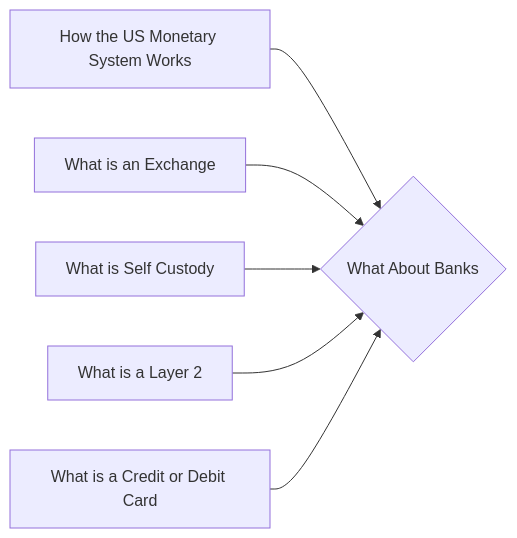
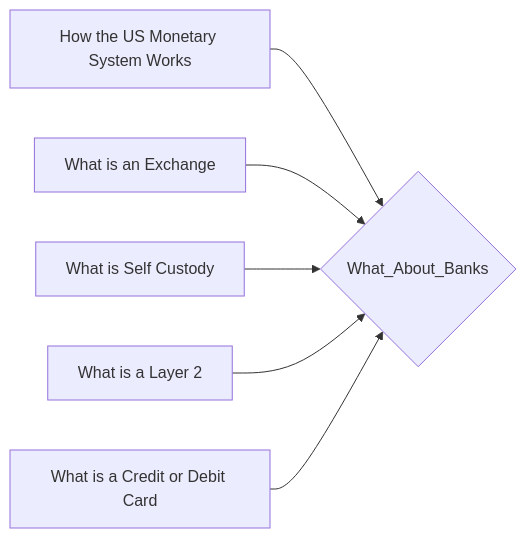
One commit to lpurdy01/crypto-knowledge-map changed the diagram in notes/What_About_Banks.md. Above: the diagram before and after it, drawn with Mermaid. The commit also changed 161 other files, not shown here.

````diff
--- a/notes/What_About_Banks.md
+++ b/notes/What_About_Banks.md
@@ -18,8 +18,8 @@
 ```mermaid
 graph LR
-1["How the US Monetary System Works"]-->0{"What About Banks"}
-2["What is an Exchange"]-->0{"What About Banks"}
-3["What is Self Custody"]-->0{"What About Banks"}
-4["What is a Layer 2"]-->0{"What About Banks"}
-5["What is a Credit or Debit Card"]-->0{"What About Banks"}
+1["How the US Monetary System Works"]-->0{"What_About_Banks"}
+2["What is an Exchange"]-->0{"What_About_Banks"}
+3["What is Self Custody"]-->0{"What_About_Banks"}
+4["What is a Layer 2"]-->0{"What_About_Banks"}
+5["What is a Credit or Debit Card"]-->0{"What_About_Banks"}
 ```
````
